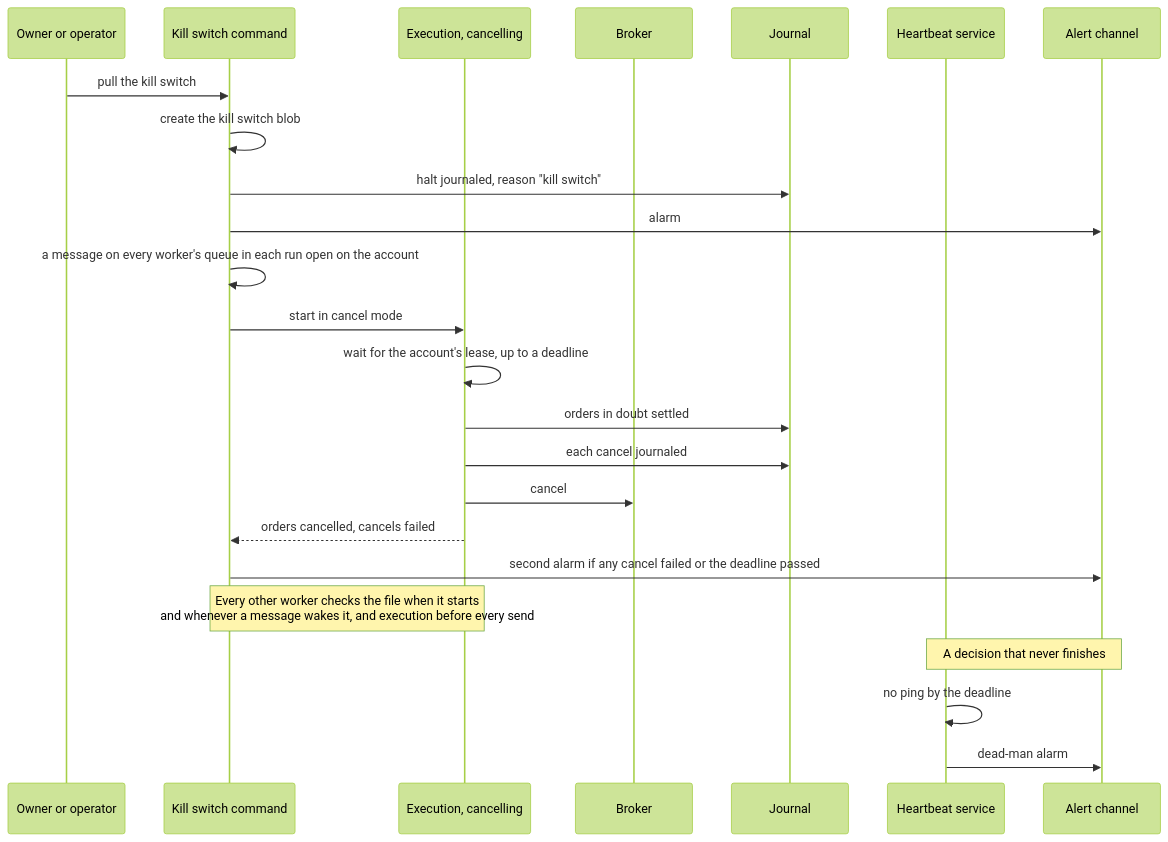
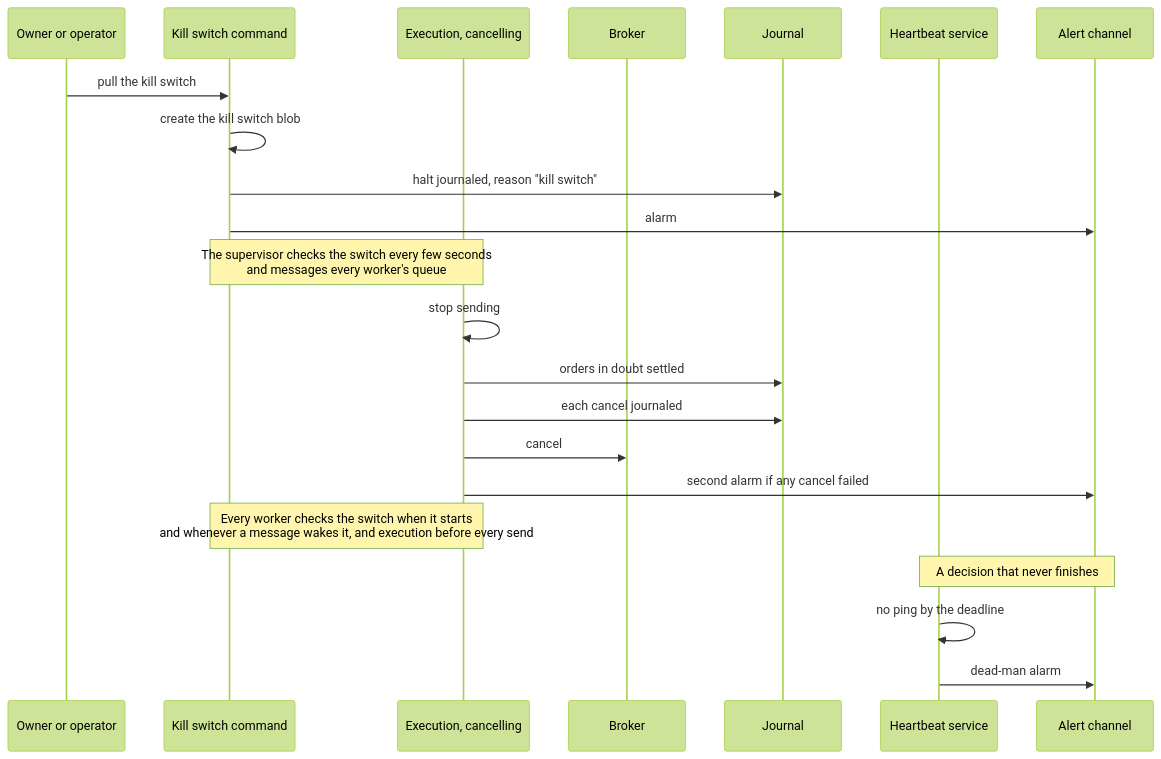
Before and after one commit to l3a0/ithildin-runtime: the ninth of 16 diagrams in docs/architecture.md, drawn with Mermaid (forest theme). The commit also changed other lines of this file and 1 other file, not shown here.

First line of the commit message:
docs(design): a supervisor that only sends messages, a container per component

````diff
--- a/docs/architecture.md
+++ b/docs/architecture.md
@@ -825,28 +827,26 @@
 ```mermaid
 sequenceDiagram
     participant P as Owner or operator
     participant K as Kill switch command
     participant X as Execution, cancelling
     participant B as Broker
     participant J as Journal
     participant H as Heartbeat service
     participant A as Alert channel
 
     P->>K: pull the kill switch
     K->>K: create the kill switch blob
     K->>J: halt journaled, reason "kill switch"
     K->>A: alarm
-    K->>K: a message on every worker's queue in each run open on the account
-    K->>X: start in cancel mode
-    X->>X: wait for the account's lease, up to a deadline
+    Note over K,X: The supervisor checks the switch every few seconds<br/>and messages every worker's queue
+    X->>X: stop sending
     X->>J: orders in doubt settled
     X->>J: each cancel journaled
     X->>B: cancel
-    X-->>K: orders cancelled, cancels failed
-    K->>A: second alarm if any cancel failed or the deadline passed
-    Note over K,X: Every other worker checks the file when it starts<br/>and whenever a message wakes it, and execution before every send
+    X->>A: second alarm if any cancel failed
+    Note over K,X: Every worker checks the switch when it starts<br/>and whenever a message wakes it, and execution before every send
 
     Note over H,A: A decision that never finishes
     H->>H: no ping by the deadline
     H->>A: dead-man alarm
 ```
````
